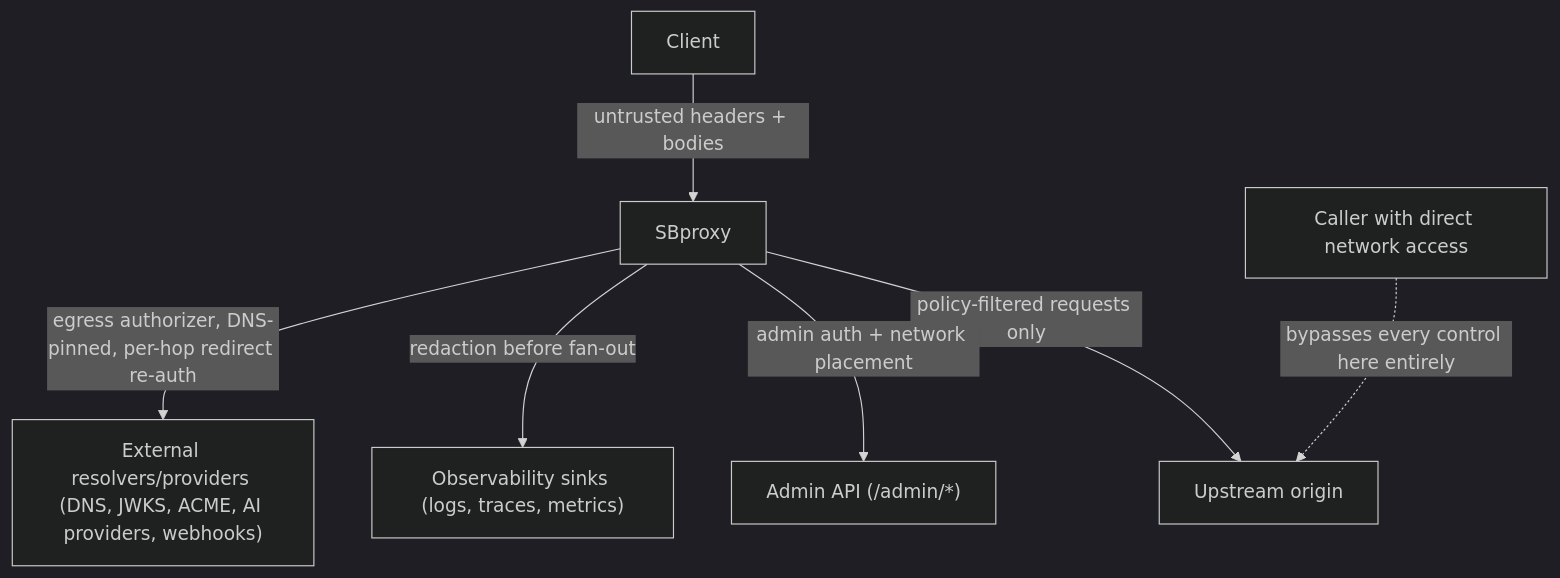
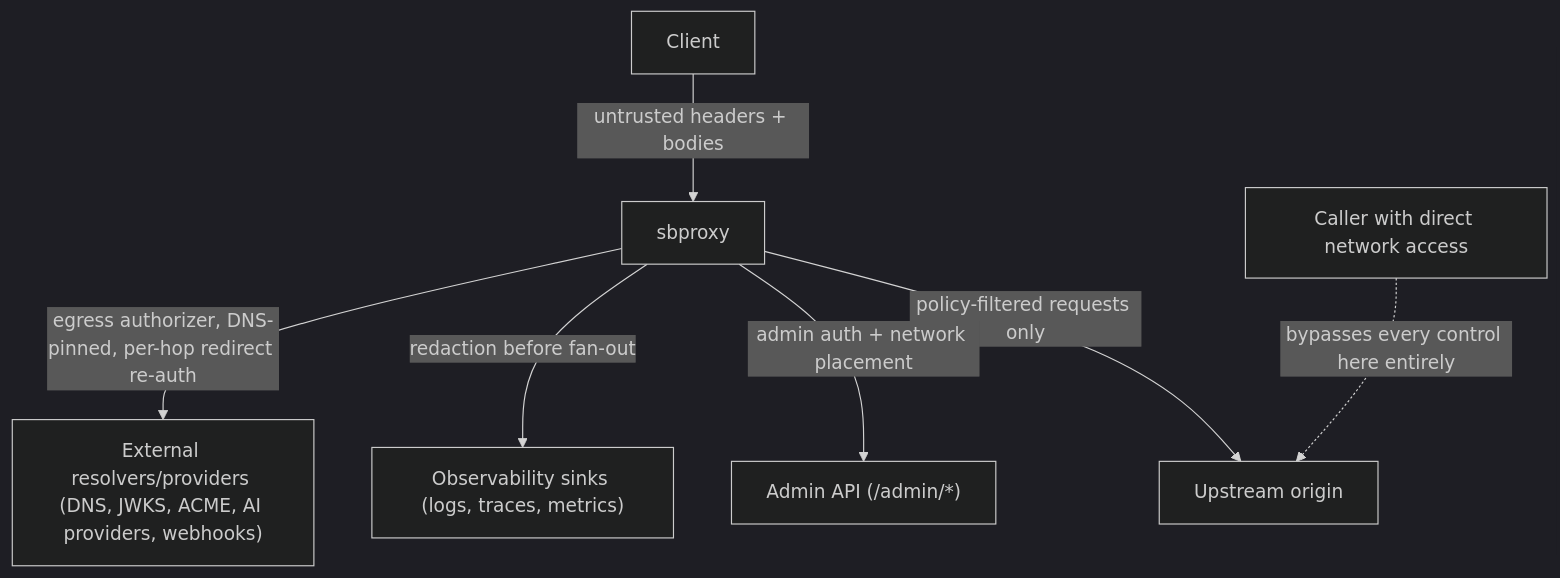
One commit to soapbucket/sbproxy changed the diagram in docs/threat-model.md. Above: the diagram before and after it, drawn with Mermaid (dark theme). The commit also changed other lines of this file and 119 other files, not shown here.

````diff
--- a/docs/threat-model.md
+++ b/docs/threat-model.md
@@ -27,9 +27,9 @@
 ```mermaid
 flowchart TD
-    Client[Client] -->|untrusted headers + bodies| Proxy[SBproxy]
+    Client[Client] -->|untrusted headers + bodies| Proxy[sbproxy]
     Proxy -->|policy-filtered requests only| Origin[Upstream origin]
     Proxy -->|admin auth + network placement| Admin["Admin API (/admin/*)"]
     Proxy -->|redaction before fan-out| Obs["Observability sinks (logs, traces, metrics)"]
     Proxy -->|egress authorizer, DNS-pinned, per-hop redirect re-auth| Ext["External resolvers/providers (DNS, JWKS, ACME, AI providers, webhooks)"]
     Attacker["Caller with direct network access"] -.->|bypasses every control here entirely| Origin
 ```
````
